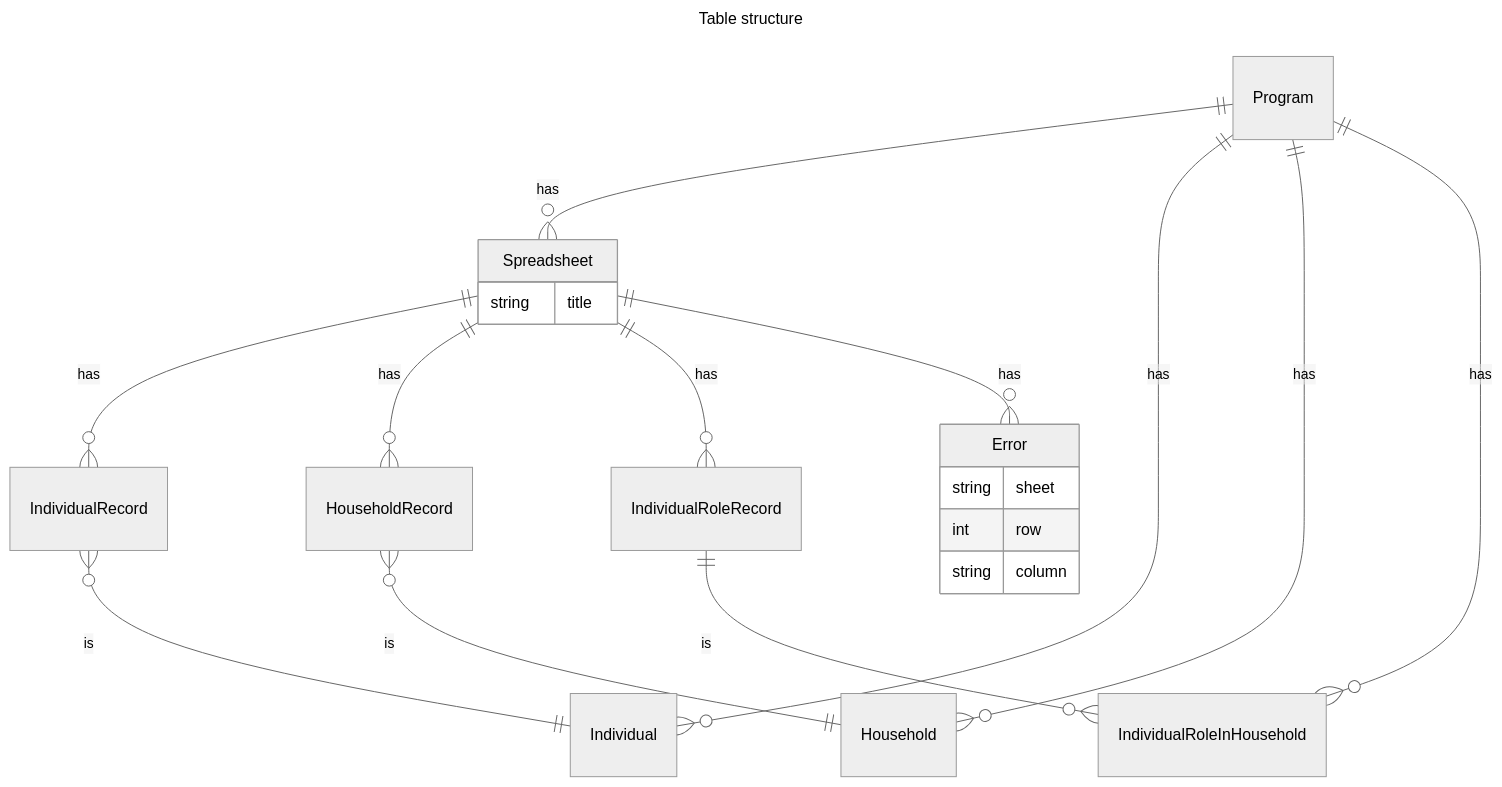
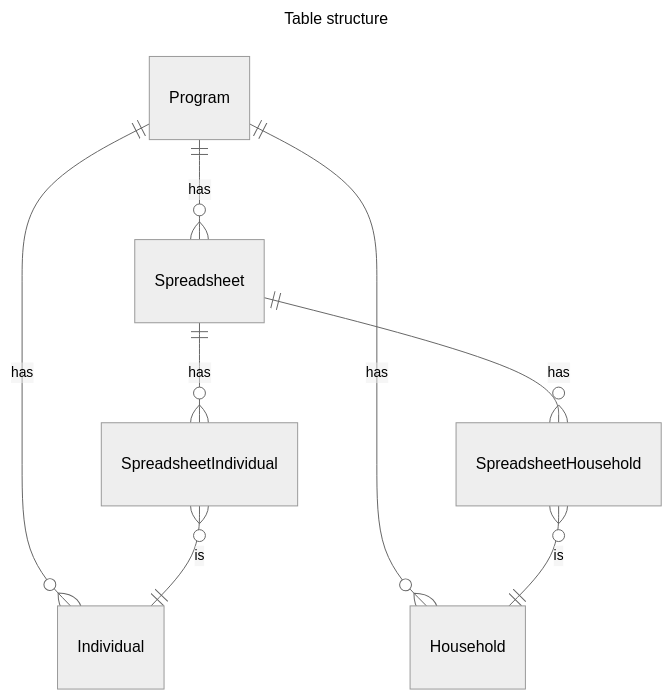
The second of 4 diagrams in README.md (unicef/hope-country-workspace), drawn with Mermaid (neutral theme) before and after one commit. The commit also changed other lines of this file, not shown here.

Commit message:
Update schemas

````diff
--- a/README.md
+++ b/README.md
@@ -28,28 +32,13 @@
 ```mermaid
 ---
 title: Table structure
 ---
 erDiagram
-    Spreadsheet {
-        string title
-    }
-    
-    Error {
-        string sheet
-        int row
-        string column
-    }
-    
     Program ||--o{ Spreadsheet: has
     Program ||--o{ Individual: has
     Program ||--o{ Household: has
-    Program ||--o{ IndividualRoleInHousehold: has
-
-    Spreadsheet ||--o{ IndividualRecord: has
-    IndividualRecord }o--|| Individual: is
-    Spreadsheet ||--o{ HouseholdRecord: has
-    HouseholdRecord }o--|| Household: is
-    Spreadsheet ||--o{ IndividualRoleRecord: has
-    IndividualRoleRecord ||--o{ IndividualRoleInHousehold: is
-    Spreadsheet ||--o{ Error: has
+    Spreadsheet ||--o{ SpreadsheetIndividual: has
+    SpreadsheetIndividual }o--|| Individual: is
+    Spreadsheet ||--o{ SpreadsheetHousehold: has
+    SpreadsheetHousehold }o--|| Household: is
 ```
````
